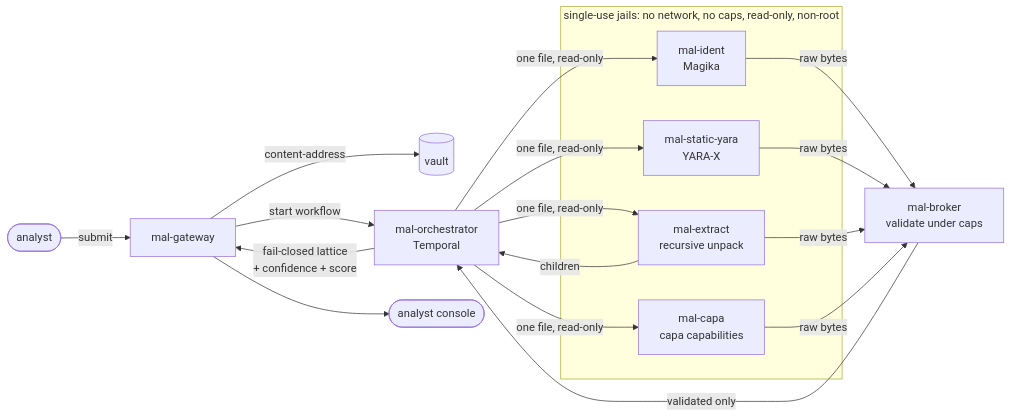
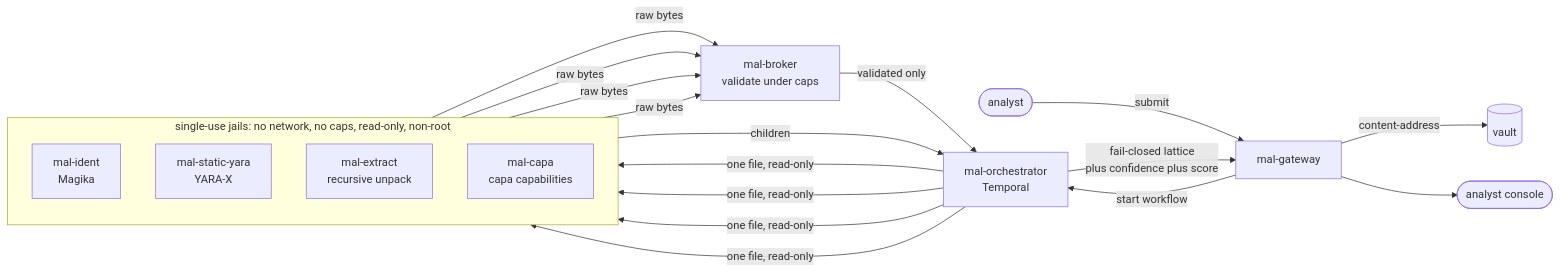
The diagram in README.md (COLONAYUSH/OpenMalLab), drawn with Mermaid before and after one commit. The commit also changed other lines of this file, not shown here.

````diff
--- a/README.md
+++ b/README.md
@@ -97,20 +114,21 @@
 ```mermaid
 flowchart LR
   A([analyst]) -- submit --> GW[mal-gateway]
   GW -- content-address --> V[(vault)]
   GW -- start workflow --> OR[mal-orchestrator<br/>Temporal]
 
   subgraph JAIL [single-use jails: no network, no caps, read-only, non-root]
+    direction TB
     ID[mal-ident<br/>Magika]
     YA[mal-static-yara<br/>YARA-X]
     EX[mal-extract<br/>recursive unpack]
     CA[mal-capa<br/>capa capabilities]
   end
 
   OR -- one file, read-only --> ID & YA & EX & CA
   ID & YA & EX & CA -- raw bytes --> BR[mal-broker<br/>validate under caps]
   BR -- validated only --> OR
   EX -- children --> OR
-  OR -- fail-closed lattice<br/>+ confidence + score --> GW
+  OR -- fail-closed lattice<br/>plus confidence plus score --> GW
   GW --> CON([analyst console])
 ```
````
